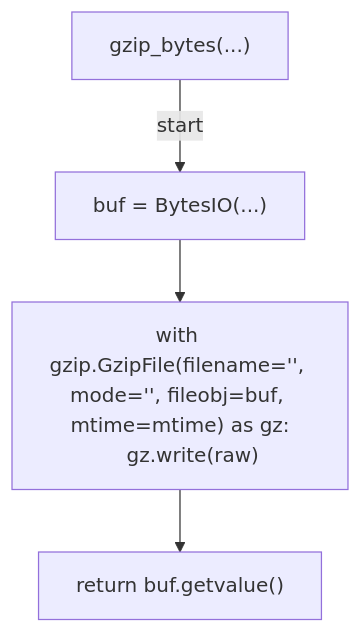
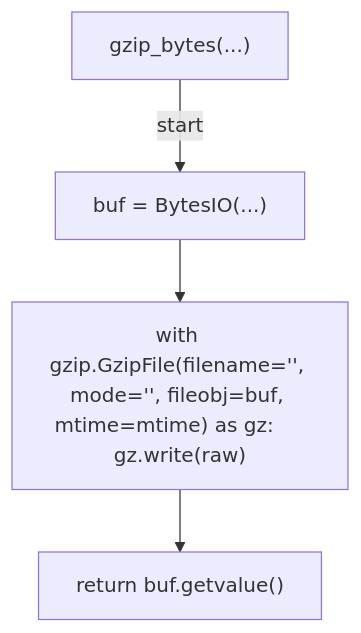
Before and after one commit to tvna/claude-md: the eighth of 15 diagrams in docs/generated/scripts/ast/backup_non_ascii.md, drawn with Mermaid. The commit also changed other lines of this file and 20 other files, not shown here.

First line of the commit message:
docs(generated): regenerate decision tree and workflow diagrams (batch 1/5)

````diff
--- a/docs/generated/scripts/ast/backup_non_ascii.md
+++ b/docs/generated/scripts/ast/backup_non_ascii.md
@@ -94,11 +94,10 @@
 ```mermaid
 flowchart TD
     N001["gzip_bytes(...)"]
     N002["buf = BytesIO(...)"]
-    N003["with gzip.GzipFile(filename='<str>', mode='<str>', fileobj=buf, mtime=mtime) as gz:
-    gz.write(raw)"]
+    N003["with gzip.GzipFile(filename='<str>', mode='<str>', fileobj=buf, mtime=mtime) as gz:     gz.write(raw)"]
     N004["return buf.getvalue()"]
     N001 -->|"start"| N002
     N002 --> N003
     N003 --> N004
 ```
````
